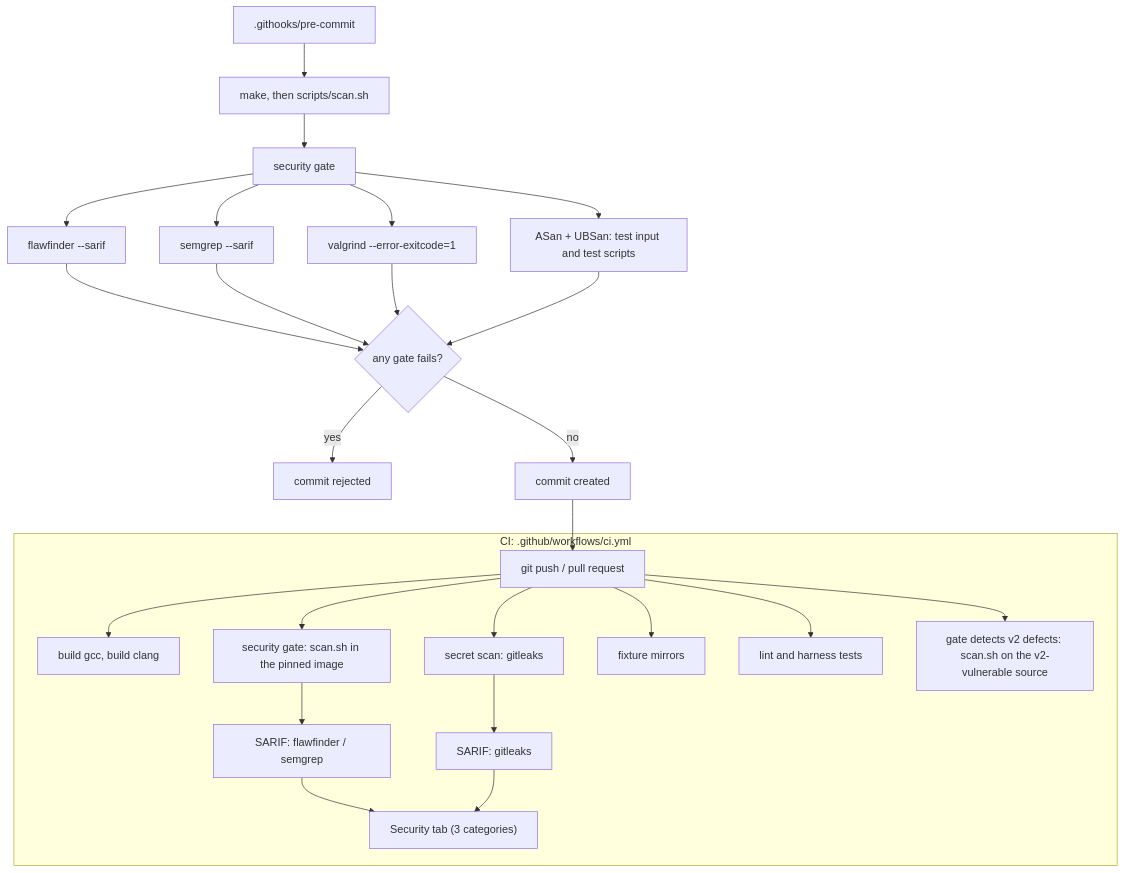
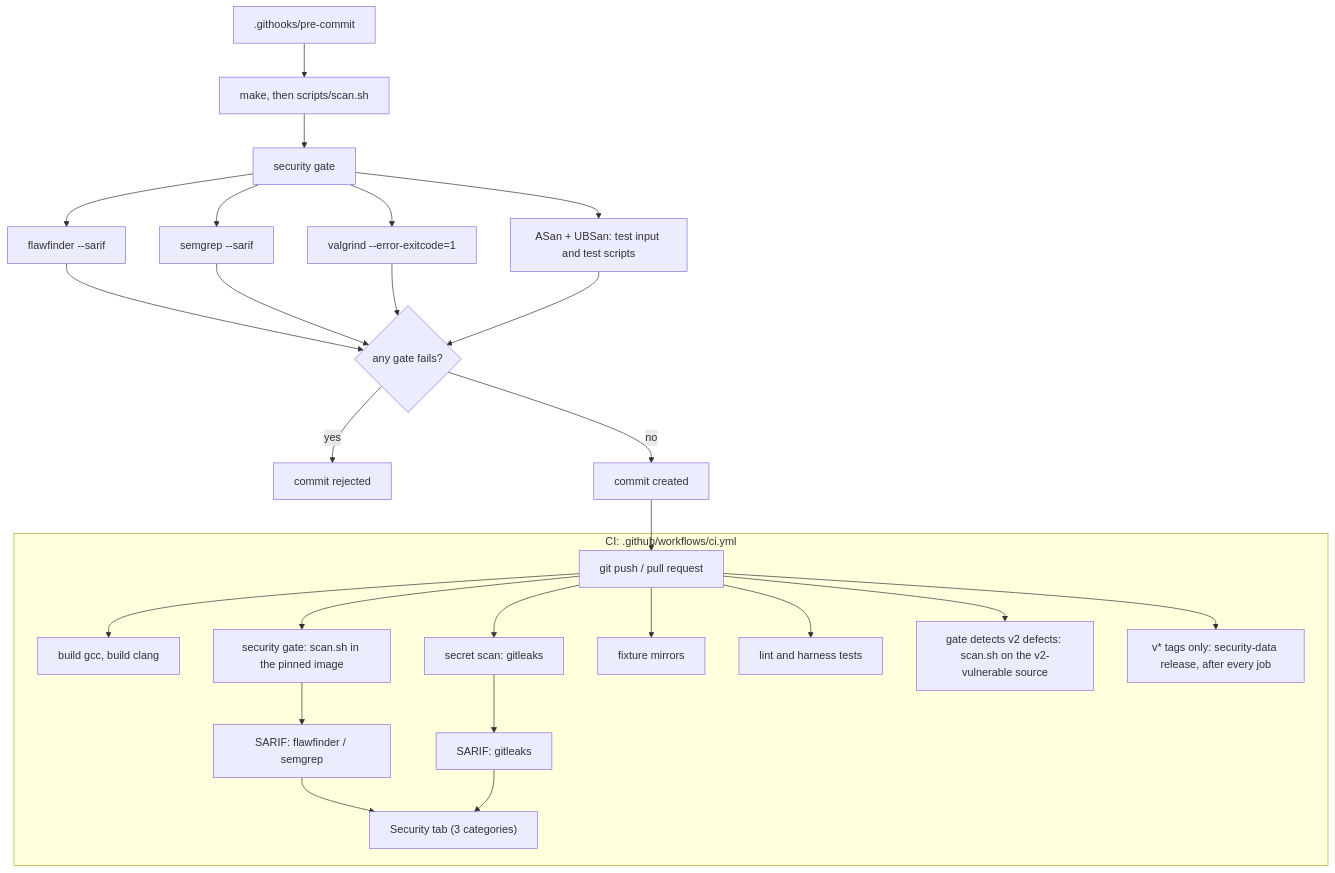
The diagram in README.md (Arnaud1404/c-secure-build), drawn with Mermaid before and after one commit.

Commit message:
docs: show the release job in the pipeline diagram

````diff
--- a/README.md
+++ b/README.md
@@ -7,27 +7,28 @@
 ```mermaid
 flowchart TD
     A[".githooks/pre-commit"] --> B["make, then scripts/scan.sh"]
     B --> C["security gate"]
     C --> C1["flawfinder --sarif"]
     C --> C2["semgrep --sarif"]
     C --> C3["valgrind --error-exitcode=1"]
     C --> C4["ASan + UBSan: test input and test scripts"]
     C1 & C2 & C3 & C4 --> D{"any gate fails?"}
     D -->|yes| E["commit rejected"]
     D -->|no| F["commit created"]
 
     F --> G["git push / pull request"]
 
     subgraph CI["CI: .github/workflows/ci.yml"]
         G --> H1["build gcc, build clang"]
         G --> H3["security gate: scan.sh in the pinned image"]
         G --> H4["secret scan: gitleaks"]
         G --> H5["fixture mirrors"]
         G --> H6["lint and harness tests"]
         G --> H7["gate detects v2 defects: scan.sh on the v2-vulnerable source"]
+        G --> H8["v* tags only: security-data release, after every job"]
         H3 --> S1["SARIF: flawfinder / semgrep"]
         H4 --> S2["SARIF: gitleaks"]
         S1 --> T["Security tab (3 categories)"]
         S2 --> T
     end
 ```
````
